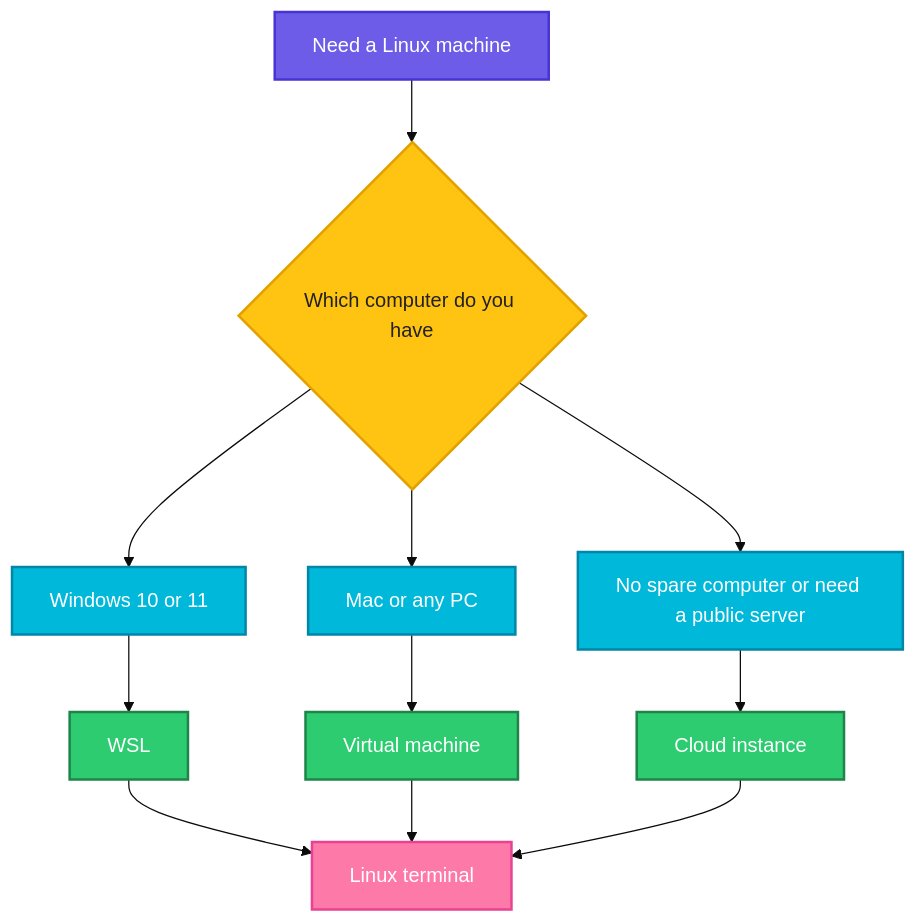
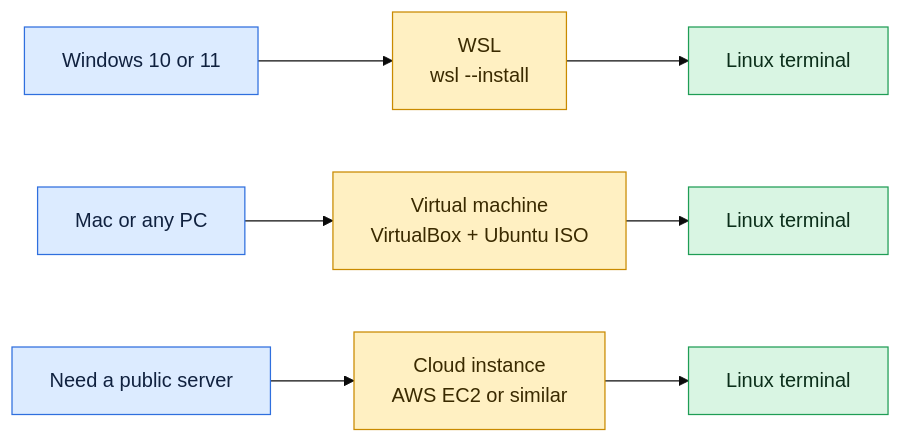
The diagram in linux/fundamentals/02-installing-linux.md (codeKerdosTech/DevOps-Documentation), drawn with Mermaid (base theme) before and after one commit. The commit also changed other lines of this file and 165 other files, not shown here.

Commit message:
updated diagrams in linux

````diff
--- a/linux/fundamentals/02-installing-linux.md
+++ b/linux/fundamentals/02-installing-linux.md
@@ -15,23 +15,14 @@
 ```mermaid
-flowchart TD
-    A[Need a Linux machine] --> B{Which computer do you have}
-    B --> C[Windows 10 or 11]
-    B --> D[Mac or any PC]
-    B --> E[No spare computer or need a public server]
-    C --> F[WSL]
-    D --> G[Virtual machine]
-    E --> H[Cloud instance]
-    F --> I[Linux terminal]
-    G --> I
-    H --> I
-    classDef start fill:#6C5CE7,stroke:#4834D4,stroke-width:2px,color:#fff
-    classDef proc fill:#00B8D9,stroke:#0087A8,stroke-width:2px,color:#fff
-    classDef dec fill:#FFC312,stroke:#E1A100,stroke-width:2px,color:#222
-    classDef ok fill:#2ECC71,stroke:#1E8449,stroke-width:2px,color:#fff
-    classDef out fill:#FD79A8,stroke:#E84393,stroke-width:2px,color:#fff
-    class A start
-    class B dec
-    class C,D,E proc
-    class F,G,H ok
-    class I out
+flowchart LR
+    i1[Windows 10 or 11] --> c1[WSL<br/>wsl --install] --> o1[Linux terminal]
+    i2[Mac or any PC] --> c2[Virtual machine<br/>VirtualBox + Ubuntu ISO] --> o2[Linux terminal]
+    i3[Need a public server] --> c3[Cloud instance<br/>AWS EC2 or similar] --> o3[Linux terminal]
+    classDef inp fill:#DCEBFF,stroke:#2F6FDE,color:#10213F
+    classDef cmd fill:#FFF0C2,stroke:#C98A00,color:#3A2A00
+    classDef out fill:#D9F5E3,stroke:#1F9D55,color:#0B2E1A
+    classDef bad fill:#FDE0E0,stroke:#D13B3B,color:#4A0F0F
+    classDef note fill:#ECEFF3,stroke:#7B8794,color:#1F2933
+    class i1,i2,i3 inp
+    class c1,c2,c3 cmd
+    class o1,o2,o3 out
 ```
````
